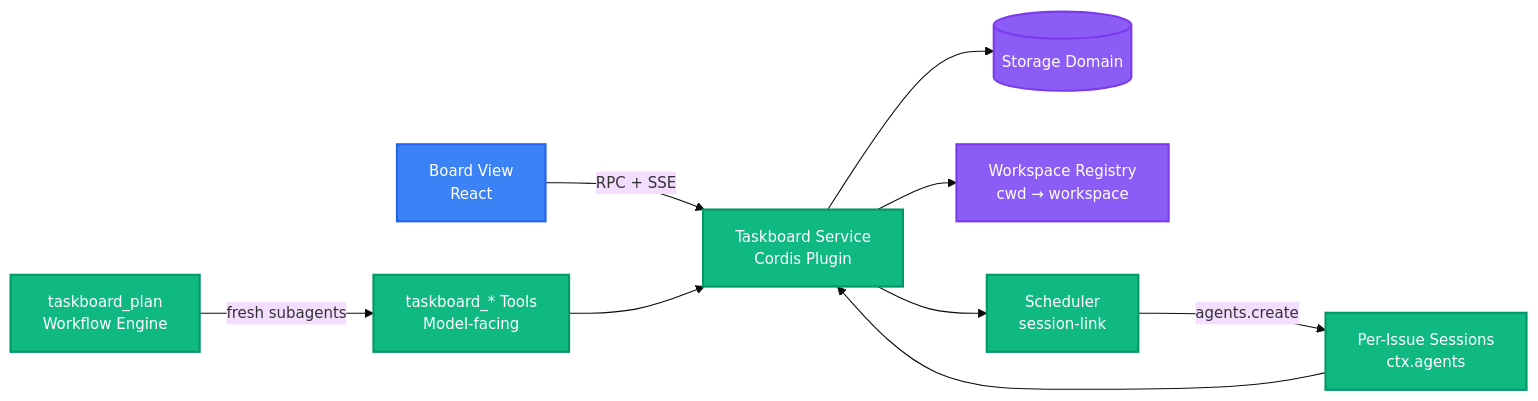
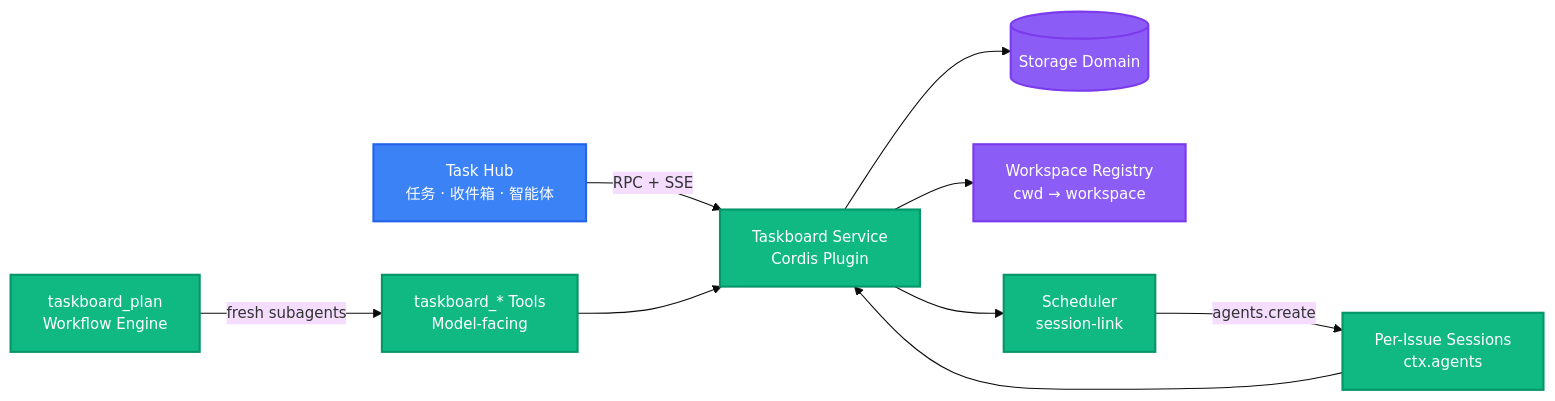
Before and after one commit to EricJiang0423/dsh-orchestrator: the diagram in README-zh.md, drawn with Mermaid. The commit also changed other lines of this file and 19 other files, not shown here.

Commit message:
feat(task-hub): add multica-style agents and inbox

````diff
--- a/README-zh.md
+++ b/README-zh.md
@@ -145,20 +148,20 @@
 ```mermaid
 %%{init: {'theme': 'base', 'themeVariables': {'fontSize': '14px'}}}%%
 graph LR
-    UI[Board View<br/>React] -->|RPC + SSE| SVC[Taskboard Service<br/>Cordis Plugin]
+    UI[Task Hub<br/>任务 · 收件箱 · 智能体] -->|RPC + SSE| SVC[Taskboard Service<br/>Cordis Plugin]
     TOOLS[taskboard_* Tools<br/>Model-facing] --> SVC
     PLAN[taskboard_plan<br/>Workflow Engine] -->|fresh subagents| TOOLS
     SVC --> DB[(Storage Domain)]
     SVC --> WS[Workspace Registry<br/>cwd → workspace]
     SCHED[Scheduler<br/>session-link] -->|agents.create| ISS[Per-Issue Sessions<br/>ctx.agents]
     SVC --> SCHED
     ISS --> SVC
 
     classDef client fill:#3B82F6,stroke:#2563EB,color:#fff,stroke-width:2px
     classDef service fill:#10B981,stroke:#059669,color:#fff,stroke-width:2px
     classDef data fill:#8B5CF6,stroke:#7C3AED,color:#fff,stroke-width:2px
 
     class UI client
     class SVC,TOOLS,PLAN,SCHED,ISS service
     class DB,WS data
 ```
````
